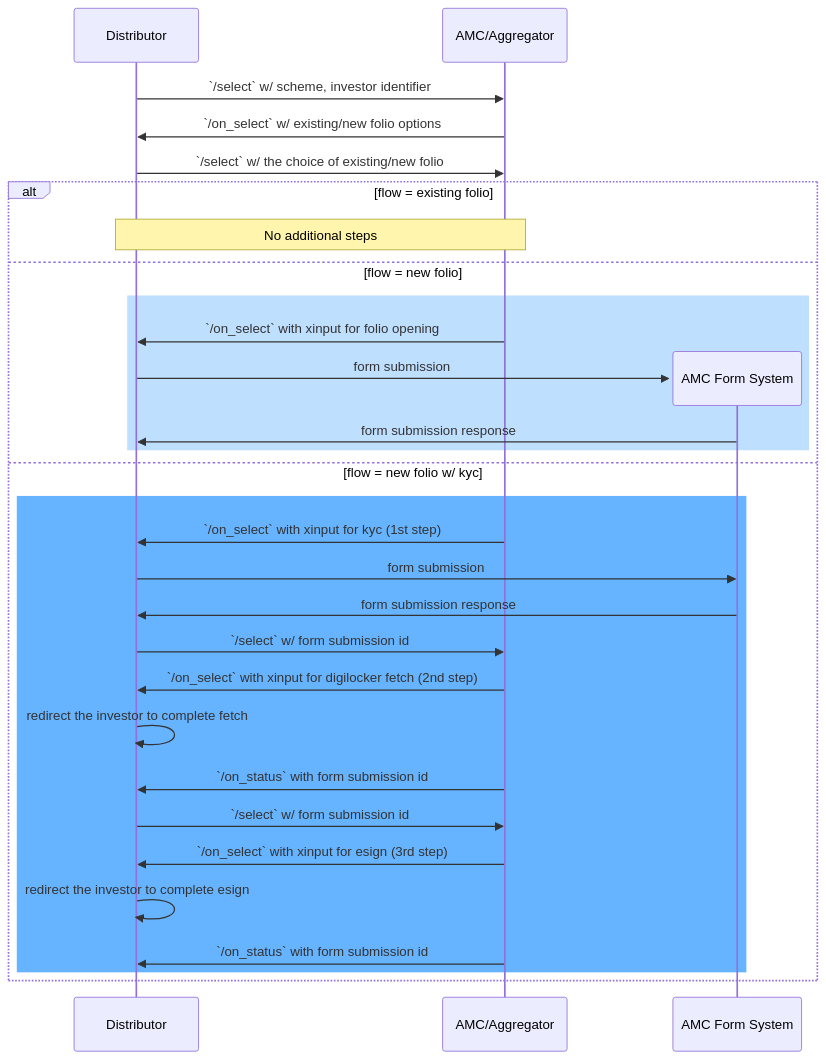
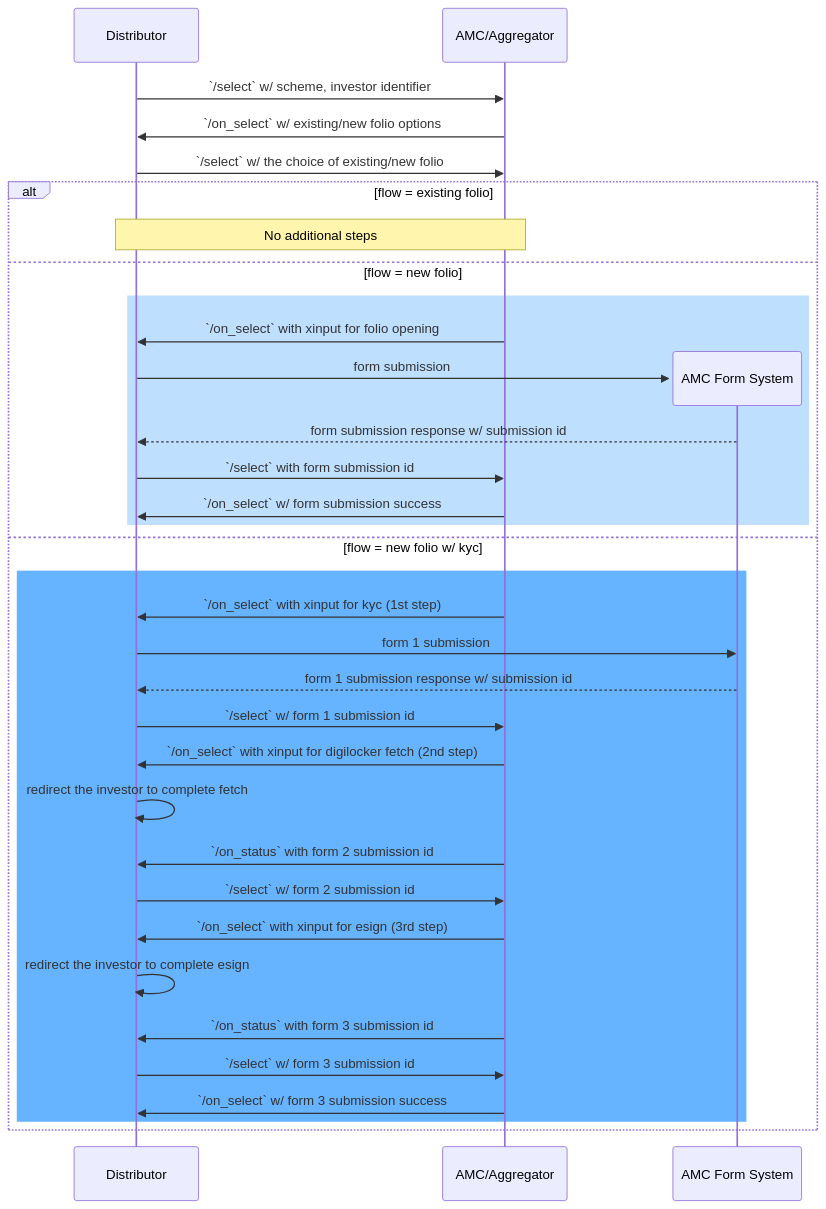
One commit to ONDC-Official/ONDC-FIS-Specifications changed the first of 5 diagrams in api/components/docs/stage-order.md. Above: the diagram before and after it, drawn with Mermaid. The commit also changed 9 other files, not shown here.

Commit message:
fixing kyc xinput flows

````diff
--- a/api/components/docs/stage-order.md
+++ b/api/components/docs/stage-order.md
@@ -22,32 +22,36 @@
 ```mermaid
 sequenceDiagram
     participant bap AS Distributor
     participant bpp AS AMC/Aggregator
     bap ->> bpp: `/select` w/ scheme, investor identifier
     bpp ->> bap: `/on_select` w/ existing/new folio options
     bap ->> bpp: `/select` w/ the choice of existing/new folio
     alt flow = existing folio
         Note over bap, bpp: No additional steps
     else flow = new folio
         rect rgb(191, 223, 255)
             bpp ->> bap: `/on_select` with xinput for folio opening
             create participant fs AS AMC Form System
             bap ->> fs: form submission
-            fs ->> bap: form submission response
+            fs -->> bap: form submission response w/ submission id
+            bap ->> bpp: `/select` with form submission id
+            bpp ->> bap: `/on_select` w/ form submission success
         end
     else flow = new folio w/ kyc
         rect rgb(102,179,255)
             bpp ->> bap: `/on_select` with xinput for kyc (1st step)
-            bap ->> fs: form submission
-            fs ->> bap: form submission response
-            bap ->> bpp: `/select` w/ form submission id
+            bap ->> fs: form 1 submission
+            fs -->> bap: form 1 submission response w/ submission id
+            bap ->> bpp: `/select` w/ form 1 submission id
             bpp ->> bap: `/on_select` with xinput for digilocker fetch (2nd step)
             bap ->> bap: redirect the investor to complete fetch
-            bpp ->> bap: `/on_status` with form submission id
-            bap ->> bpp: `/select` w/ form submission id
+            bpp ->> bap: `/on_status` with form 2 submission id
+            bap ->> bpp: `/select` w/ form 2 submission id
             bpp ->> bap: `/on_select` with xinput for esign (3rd step)
             bap ->> bap: redirect the investor to complete esign
-            bpp ->> bap: `/on_status` with form submission id
+            bpp ->> bap: `/on_status` with form 3 submission id
+            bap ->> bpp: `/select` w/ form 3 submission id
+            bpp ->> bap: `/on_select` w/ form 3 submission success
         end
     end
 ```
````
